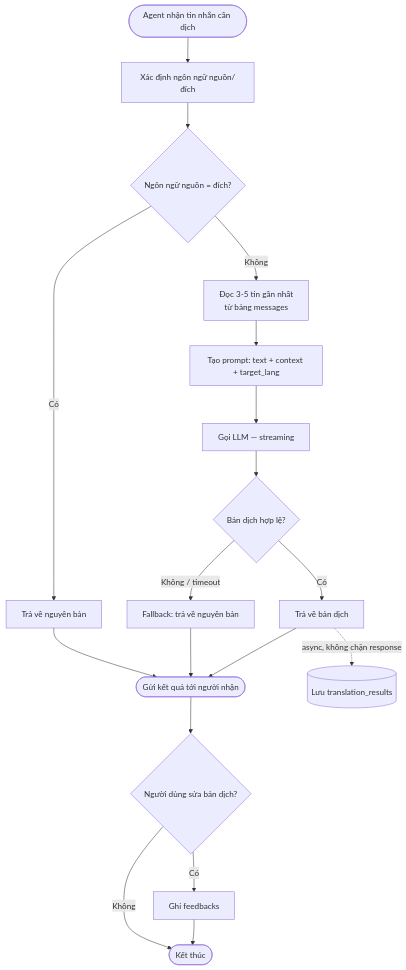
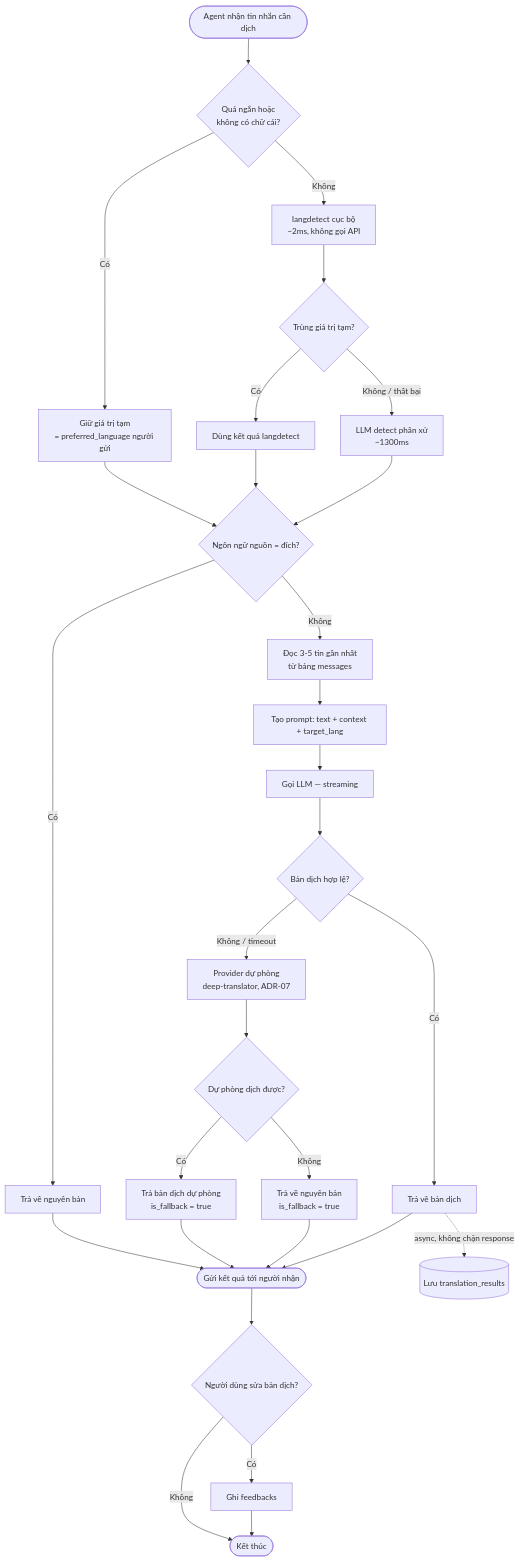
One commit to minh20003/linguaflow-ai changed the second of 6 diagrams in docs/architecture_diagram.md. Above: the diagram before and after it, drawn with Mermaid. The commit also changed other lines of this file and 5 other files, not shown here.

Commit message:
docs: update system architecture, contract, and clean up references

````diff
--- a/docs/architecture_diagram.md
+++ b/docs/architecture_diagram.md
@@ -39,23 +39,38 @@
 ```mermaid
 graph TD
-    START([Agent nhận tin nhắn cần dịch]) --> Detect[Xác định ngôn ngữ nguồn/đích]
-    Detect --> SameLang{Ngôn ngữ nguồn = đích?}
+    START([Agent nhận tin nhắn cần dịch]) --> TooShort{Quá ngắn hoặc<br/>không có chữ cái?}
+    TooShort -->|Có| UseTemp[Giữ giá trị tạm<br/>= preferred_language người gửi]
+    TooShort -->|Không| Local[langdetect cục bộ<br/>~2ms, không gọi API]
+    Local --> Agree{Trùng giá trị tạm?}
+    Agree -->|Có| UseLocal[Dùng kết quả langdetect]
+    Agree -->|Không / thất bại| LLMDetect[LLM detect phân xử<br/>~1300ms]
+
+    UseTemp --> SameLang
+    UseLocal --> SameLang
+    LLMDetect --> SameLang
+
+    SameLang{Ngôn ngữ nguồn = đích?}
     SameLang -->|Có| ReturnOriginal[Trả về nguyên bản]
     SameLang -->|Không| BuildContext[Đọc 3-5 tin gần nhất<br/>từ bảng messages]
     BuildContext --> Prompt[Tạo prompt: text + context + target_lang]
     Prompt --> CallLLM[Gọi LLM — streaming]
     CallLLM --> Valid{Bản dịch hợp lệ?}
-    Valid -->|Không / timeout| Fallback[Fallback: trả về nguyên bản]
+    Valid -->|Không / timeout| FallbackProvider[Provider dự phòng<br/>deep-translator, ADR-07]
     Valid -->|Có| ReturnTranslated[Trả về bản dịch]
 
+    FallbackProvider --> FallbackOk{Dự phòng dịch được?}
+    FallbackOk -->|Có| ReturnFallback[Trả bản dịch dự phòng<br/>is_fallback = true]
+    FallbackOk -->|Không| ReturnOriginalOnError[Trả về nguyên bản<br/>is_fallback = true]
+
     ReturnOriginal --> Deliver([Gửi kết quả tới người nhận])
-    Fallback --> Deliver
+    ReturnFallback --> Deliver
+    ReturnOriginalOnError --> Deliver
     ReturnTranslated --> Deliver
 
     ReturnTranslated -.async, không chặn response.-> Persist[(Lưu translation_results)]
 
     Deliver --> HasEdit{Người dùng sửa bản dịch?}
     HasEdit -->|Không| END([Kết thúc])
     HasEdit -->|Có| Correction[Ghi feedbacks]
     Correction --> END
 ```
````
